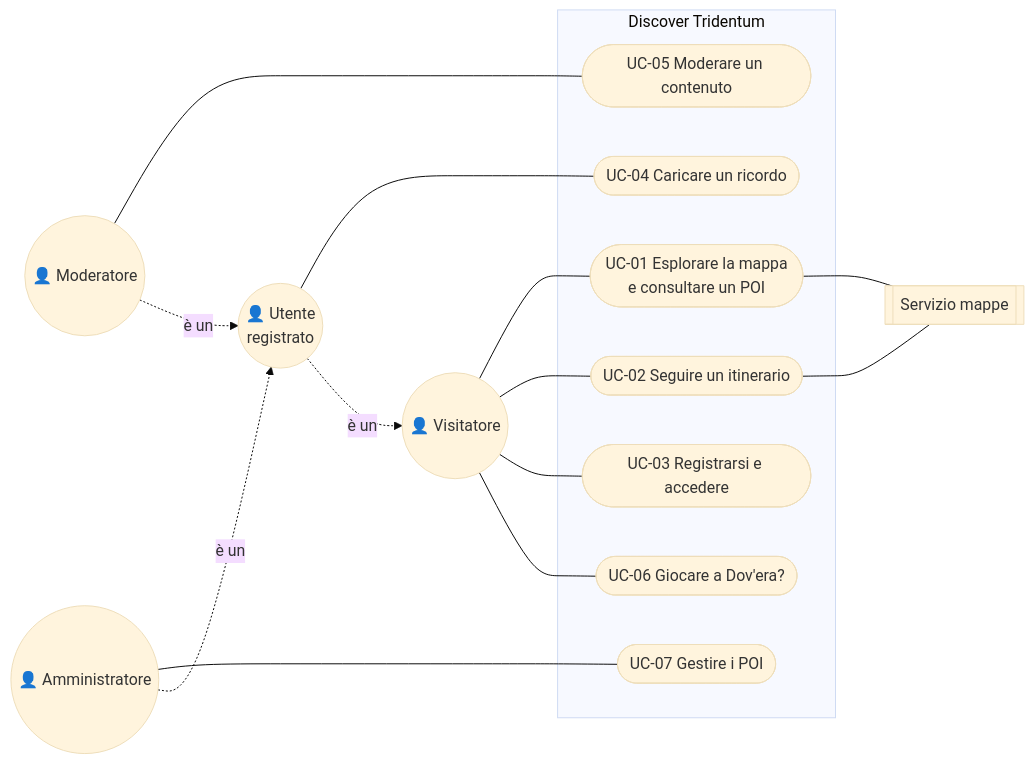
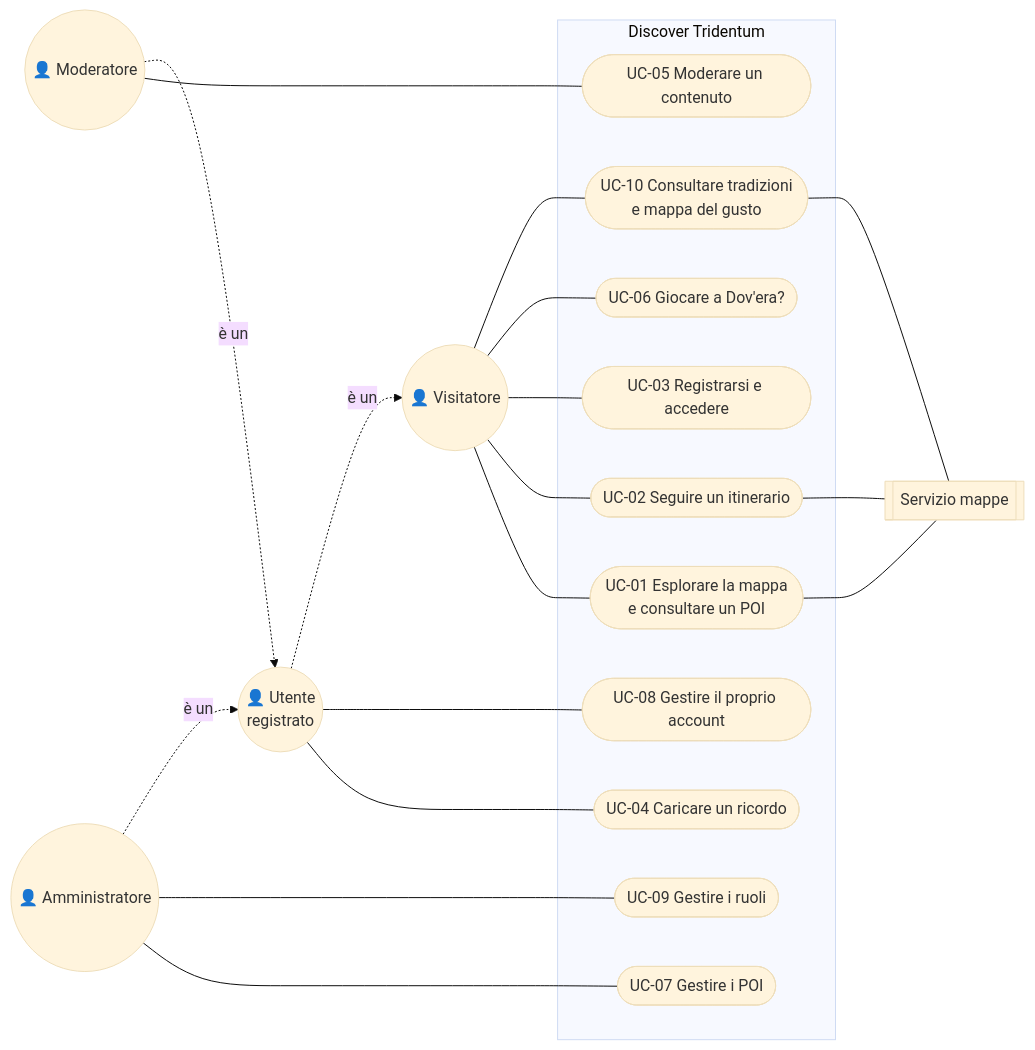
One commit to bulla06/Ing-software-prog-discover-tridentum. changed the diagram in docs/fase-2-specifiche-requisiti.md. Above: the diagram before and after it, drawn with Mermaid (base theme). The commit also changed other lines of this file and 4 other files, not shown here.

First line of the commit message:
Fase 3: architettura del sistema e user flow

````diff
--- a/docs/fase-2-specifiche-requisiti.md
+++ b/docs/fase-2-specifiche-requisiti.md
@@ -206,32 +209,39 @@
 ```mermaid
 flowchart LR
     V(("👤 Visitatore"))
     U(("👤 Utente<br/>registrato"))
     M(("👤 Moderatore"))
     A(("👤 Amministratore"))
     MAP[["Servizio mappe"]]
 
     subgraph S["Discover Tridentum"]
         UC1(["UC-01 Esplorare la mappa<br/>e consultare un POI"])
         UC2(["UC-02 Seguire un itinerario"])
         UC3(["UC-03 Registrarsi e accedere"])
         UC4(["UC-04 Caricare un ricordo"])
         UC5(["UC-05 Moderare un contenuto"])
         UC6(["UC-06 Giocare a Dov'era?"])
         UC7(["UC-07 Gestire i POI"])
+        UC8(["UC-08 Gestire il proprio account"])
+        UC9(["UC-09 Gestire i ruoli"])
+        UC10(["UC-10 Consultare tradizioni<br/>e mappa del gusto"])
     end
 
     V --- UC1
     V --- UC2
     V --- UC3
     V --- UC6
+    V --- UC10
     U --- UC4
+    U --- UC8
     M --- UC5
     A --- UC7
+    A --- UC9
     UC1 --- MAP
     UC2 --- MAP
+    UC10 --- MAP
 
     U -.->|è un| V
     M -.->|è un| U
     A -.->|è un| U
 ```
````
